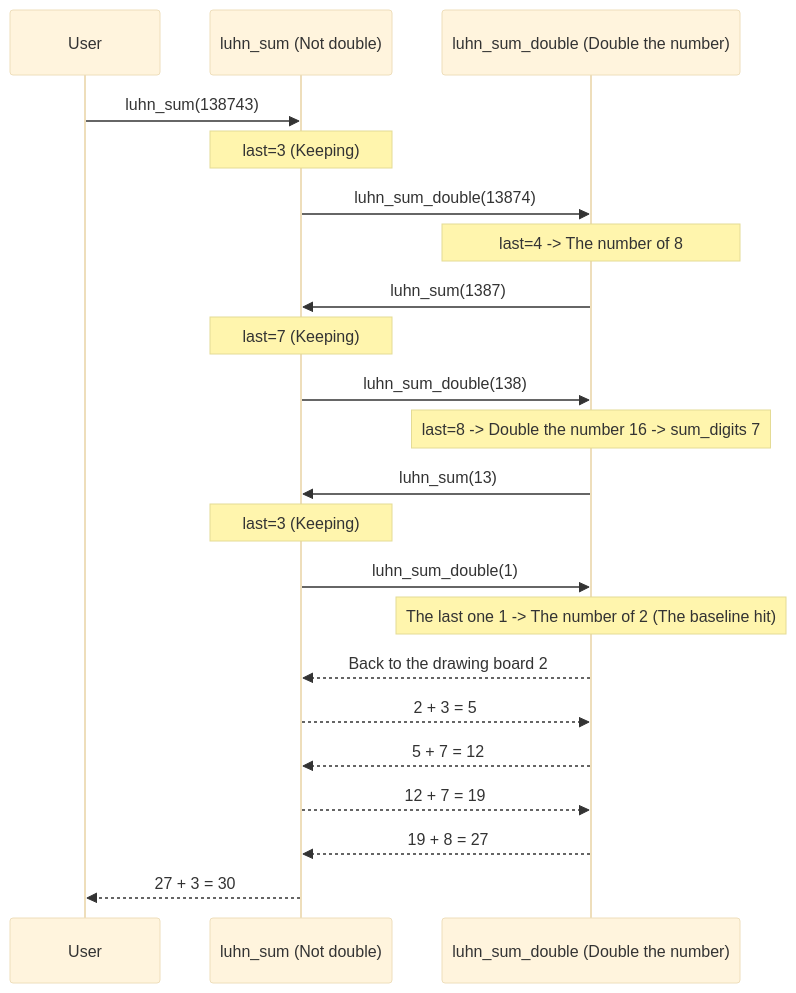
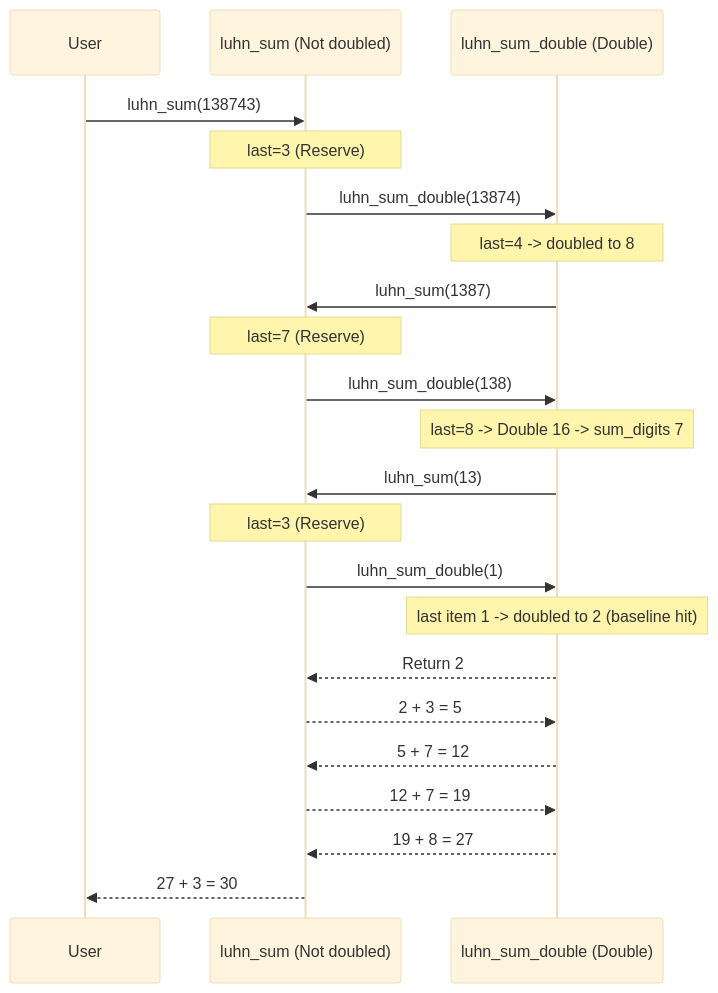
Before and after one commit to easonlines2007/easonlin-blog: the second of 2 diagrams in src/content/translations/en/notes/cs61a/lecture-09.md, drawn with Mermaid (base theme). The commit also changed other lines of this file and 158 other files, not shown here.

````diff
--- a/src/content/translations/en/notes/cs61a/lecture-09.md
+++ b/src/content/translations/en/notes/cs61a/lecture-09.md
@@ -342,25 +681,25 @@
 ```mermaid
 sequenceDiagram
     participant User
-    participant LS as luhn_sum (Not double)
-    participant LSD as luhn_sum_double (Double the number)
+    participant LS as luhn_sum (Not doubled)
+    participant LSD as luhn_sum_double (Double)
 
     User->>LS: luhn_sum(138743)
-    Note over LS: last=3 (Keeping)
+    Note over LS: last=3 (Reserve)
     LS->>LSD: luhn_sum_double(13874)
-    Note over LSD: last=4 -> The number of 8
+    Note over LSD: last=4 -> doubled to 8
     LSD->>LS: luhn_sum(1387)
-    Note over LS: last=7 (Keeping)
+    Note over LS: last=7 (Reserve)
     LS->>LSD: luhn_sum_double(138)
-    Note over LSD: last=8 -> Double the number 16 -> sum_digits 7
+    Note over LSD: last=8 -> Double 16 -> sum_digits 7
     LSD->>LS: luhn_sum(13)
-    Note over LS: last=3 (Keeping)
+    Note over LS: last=3 (Reserve)
     LS->>LSD: luhn_sum_double(1)
-    Note over LSD: The last one 1 -> The number of 2 (The baseline hit)
-    LSD-->>LS: Back to the drawing board 2
+    Note over LSD: last item 1 -> doubled to 2 (baseline hit)
+    LSD-->>LS: Return 2
     LS-->>LSD: 2 + 3 = 5
     LSD-->>LS: 5 + 7 = 12
     LS-->>LSD: 12 + 7 = 19
     LSD-->>LS: 19 + 8 = 27
     LS-->>User: 27 + 3 = 30
 ```
````
